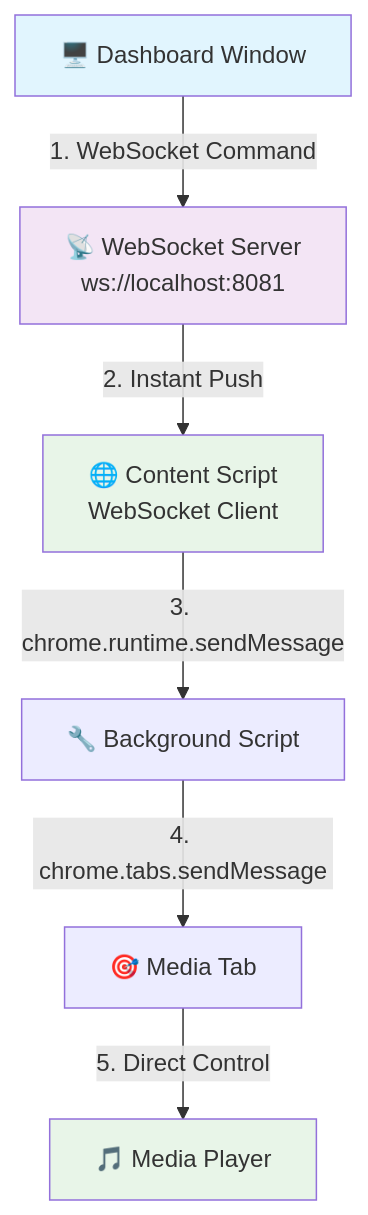
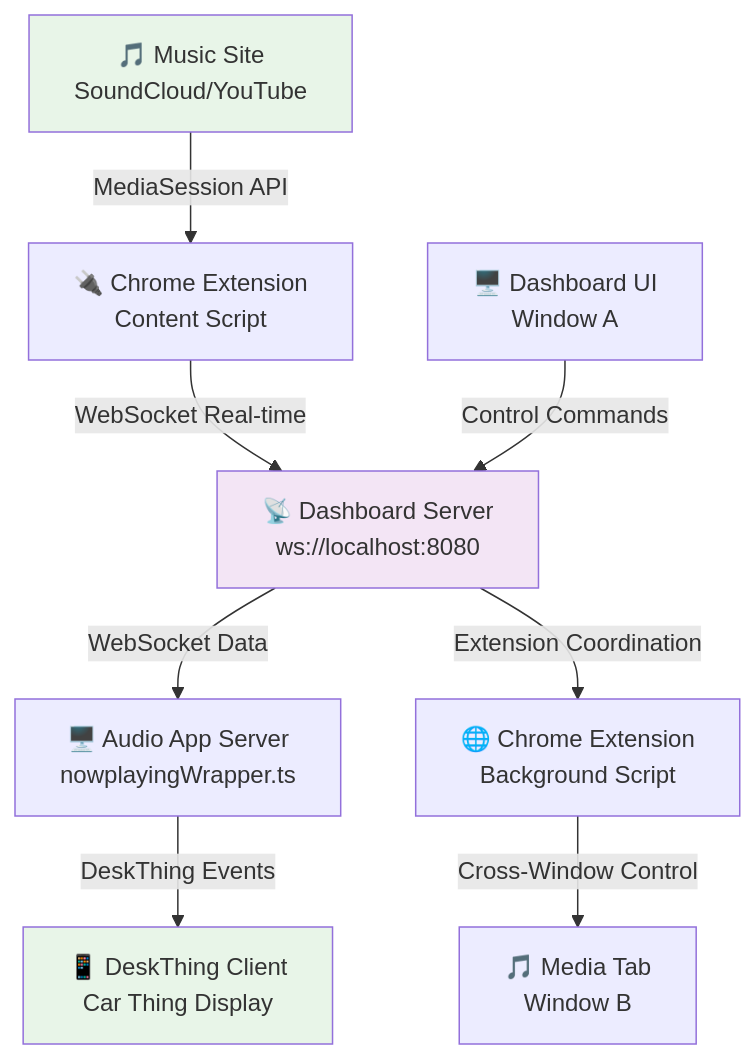
Before and after one commit to ItsRiprod/Deskthing-Apps: the second of 2 diagrams in ARCHITECTURE.md, drawn with Mermaid. The commit also changed other lines of this file and 5 other files, not shown here.

````diff
--- a/ARCHITECTURE.md
+++ b/ARCHITECTURE.md
@@ -321,13 +175,15 @@
 ```mermaid
 graph TD
-    A["🖥️ Dashboard Window"] -->|"1. WebSocket Command"| B["📡 WebSocket Server<br/>ws://localhost:8081"]
-    B -->|"2. Instant Push"| C["🌐 Content Script<br/>WebSocket Client"]
-    C -->|"3. chrome.runtime.sendMessage"| D["🔧 Background Script"]
-    D -->|"4. chrome.tabs.sendMessage"| E["🎯 Media Tab"]
-    E -->|"5. Direct Control"| F["🎵 Media Player"]
+    A["🎵 Music Site<br/>SoundCloud/YouTube"] -->|"MediaSession API"| B["🔌 Chrome Extension<br/>Content Script"]
+    B -->|"WebSocket Real-time"| C["📡 Dashboard Server<br/>ws://localhost:8080"]
+    C -->|"WebSocket Data"| D["🖥️ Audio App Server<br/>nowplayingWrapper.ts"]
+    D -->|"DeskThing Events"| E["📱 DeskThing Client<br/>Car Thing Display"]
     
-    style A fill:#e1f5fe
-    style B fill:#f3e5f5
-    style C fill:#e8f5e8
-    style F fill:#e8f5e8
+    F["🖥️ Dashboard UI<br/>Window A"] -->|"Control Commands"| C
+    C -->|"Extension Coordination"| G["🌐 Chrome Extension<br/>Background Script"]
+    G -->|"Cross-Window Control"| H["🎵 Media Tab<br/>Window B"]
+    
+    style A fill:#e8f5e8
+    style E fill:#e8f5e8
+    style C fill:#f3e5f5
 ```
````
